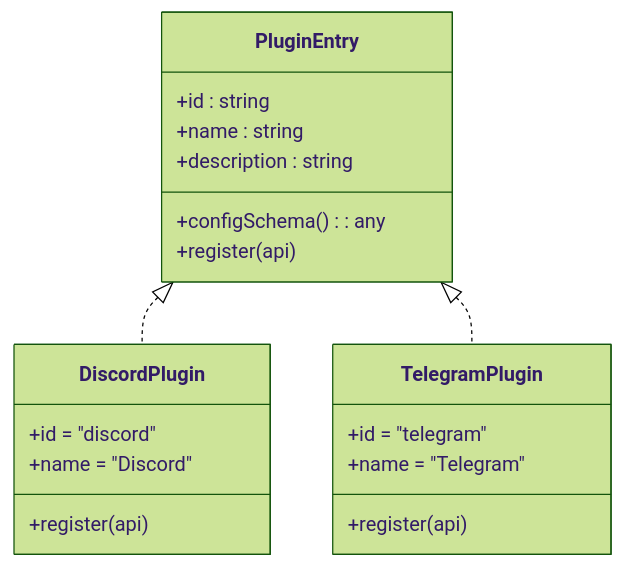
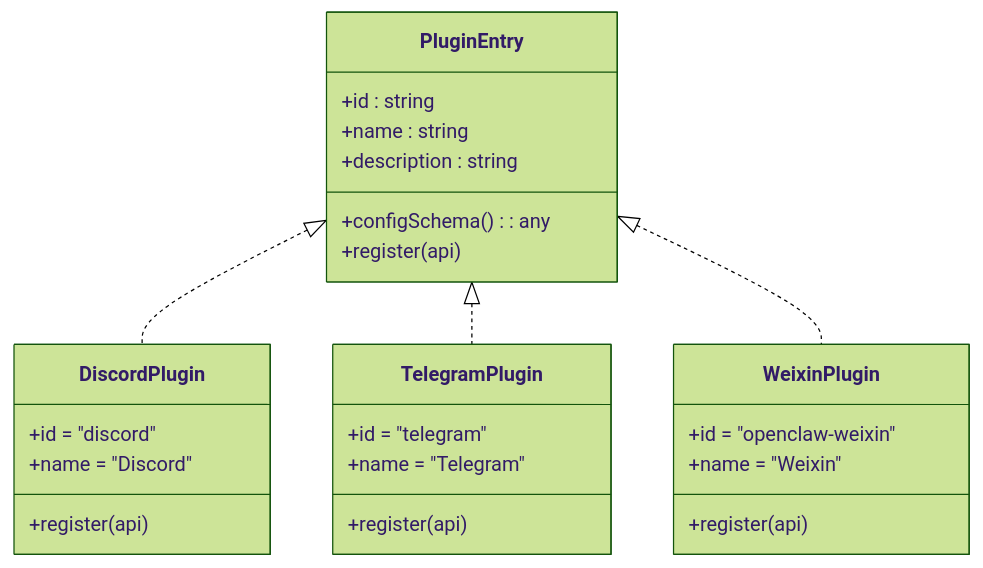
One commit to verse-ai-org/openclaw changed the third of 9 diagrams in .qoder/repowiki/zh/content/消息通道系统/消息通道系统.md. Above: the diagram before and after it, drawn with Mermaid (forest theme). The commit also changed other lines of this file and 23 other files, not shown here.

````diff
--- a/.qoder/repowiki/zh/content/消息通道系统/消息通道系统.md
+++ b/.qoder/repowiki/zh/content/消息通道系统/消息通道系统.md
@@ -143,22 +164,28 @@
 ```mermaid
 classDiagram
 class PluginEntry {
 +id : string
 +name : string
 +description : string
 +configSchema() : any
 +register(api)
 }
 class DiscordPlugin {
 +id = "discord"
 +name = "Discord"
 +register(api)
 }
 class TelegramPlugin {
 +id = "telegram"
 +name = "Telegram"
 +register(api)
 }
+class WeixinPlugin {
++id = "openclaw-weixin"
++name = "Weixin"
++register(api)
+}
 PluginEntry <|.. DiscordPlugin
 PluginEntry <|.. TelegramPlugin
+PluginEntry <|.. WeixinPlugin
 ```
````
